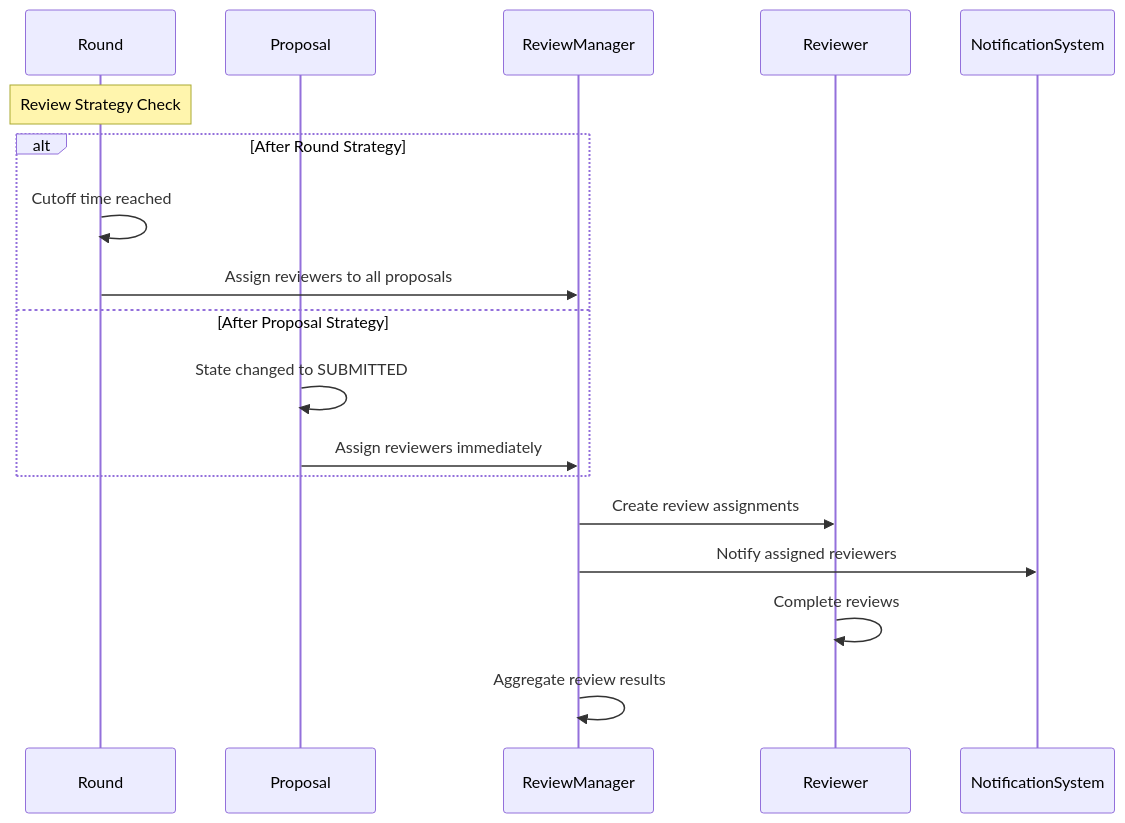
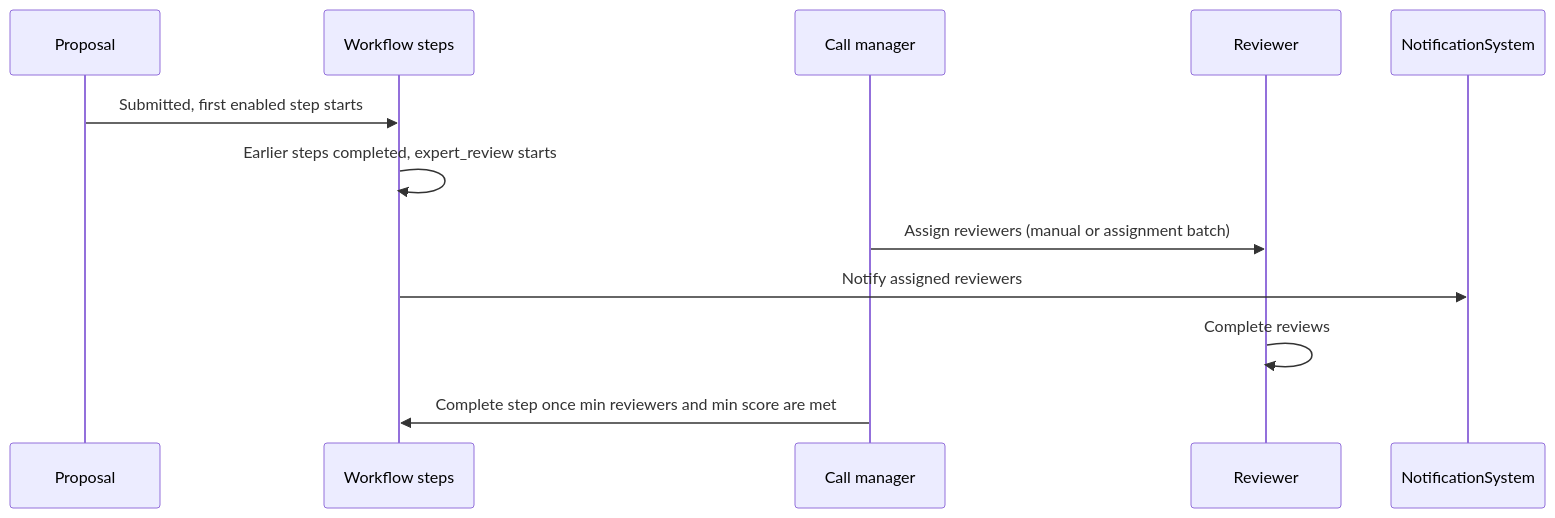
One commit to waldur/waldur-docs changed the seventh of 11 diagrams in docs/developer-guide/core-concepts/proposals.md. Above: the diagram before and after it, drawn with Mermaid. The commit also changed other lines of this file and 35 other files, not shown here.

````diff
--- a/docs/developer-guide/core-concepts/proposals.md
+++ b/docs/developer-guide/core-concepts/proposals.md
@@ -257,23 +289,15 @@
 ```mermaid
 sequenceDiagram
-    participant R as Round
     participant P as Proposal
-    participant RM as ReviewManager
+    participant WF as Workflow steps
+    participant CM as Call manager
     participant Rev as Reviewer
     participant N as NotificationSystem
 
-    Note over R: Review Strategy Check
-
-    alt After Round Strategy
-        R->>R: Cutoff time reached
-        R->>RM: Assign reviewers to all proposals
-    else After Proposal Strategy
-        P->>P: State changed to SUBMITTED
-        P->>RM: Assign reviewers immediately
-    end
-
-    RM->>Rev: Create review assignments
-    RM->>N: Notify assigned reviewers
+    P->>WF: Submitted, first enabled step starts
+    WF->>WF: Earlier steps completed, expert_review starts
+    CM->>Rev: Assign reviewers (manual or assignment batch)
+    WF->>N: Notify assigned reviewers
     Rev->>Rev: Complete reviews
-    RM->>RM: Aggregate review results
+    CM->>WF: Complete step once min reviewers and min score are met
 ```
````
